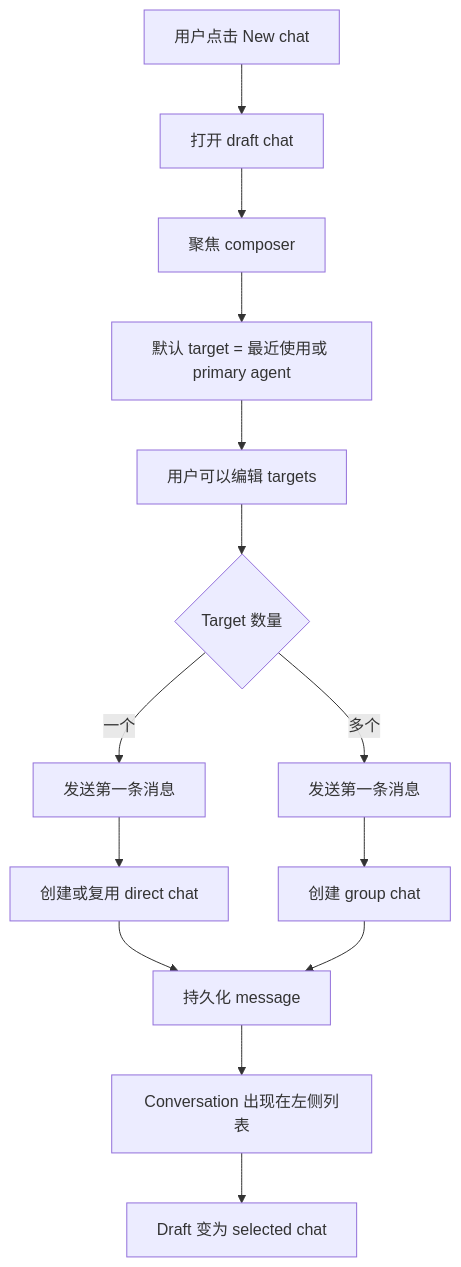
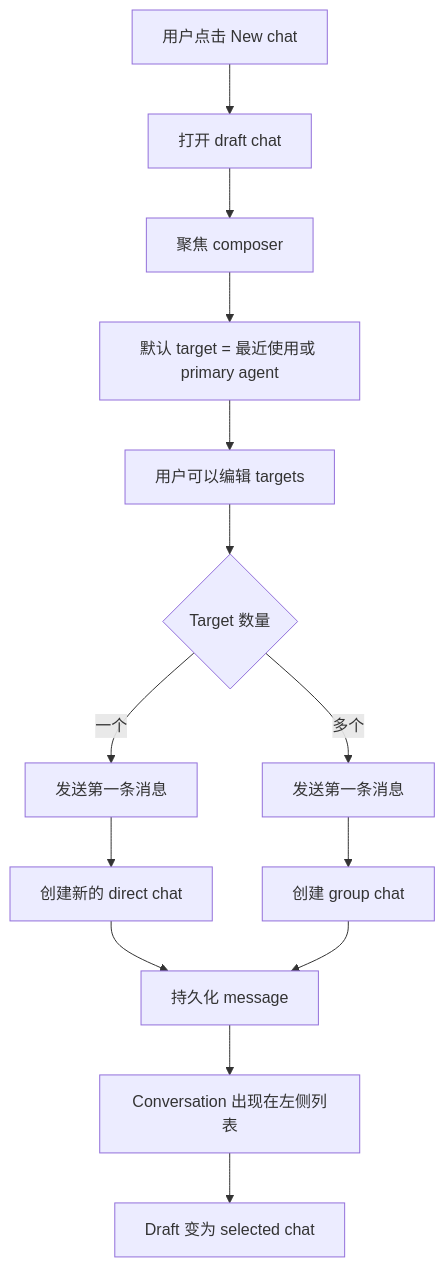
One commit to agent-team-foundation/first-tree changed the diagram in docs/chat-first-workspace-product-design.zh-CN.md. Above: the diagram before and after it, drawn with Mermaid. The commit also changed other lines of this file and 1 other file, not shown here.

Commit message:
docs: incorporate chat-first workspace review feedback

````diff
--- a/docs/chat-first-workspace-product-design.zh-CN.md
+++ b/docs/chat-first-workspace-product-design.zh-CN.md
@@ -174,16 +280,16 @@
 ```mermaid
 flowchart TD
   A["用户点击 New chat"] --> B["打开 draft chat"]
   B --> C["聚焦 composer"]
   C --> D["默认 target = 最近使用或 primary agent"]
   D --> E["用户可以编辑 targets"]
   E --> F{"Target 数量"}
   F -->|一个| G["发送第一条消息"]
   F -->|多个| H["发送第一条消息"]
-  G --> I["创建或复用 direct chat"]
+  G --> I["创建新的 direct chat"]
   H --> J["创建 group chat"]
   I --> K["持久化 message"]
   J --> K
   K --> L["Conversation 出现在左侧列表"]
   L --> M["Draft 变为 selected chat"]
 ```
````
